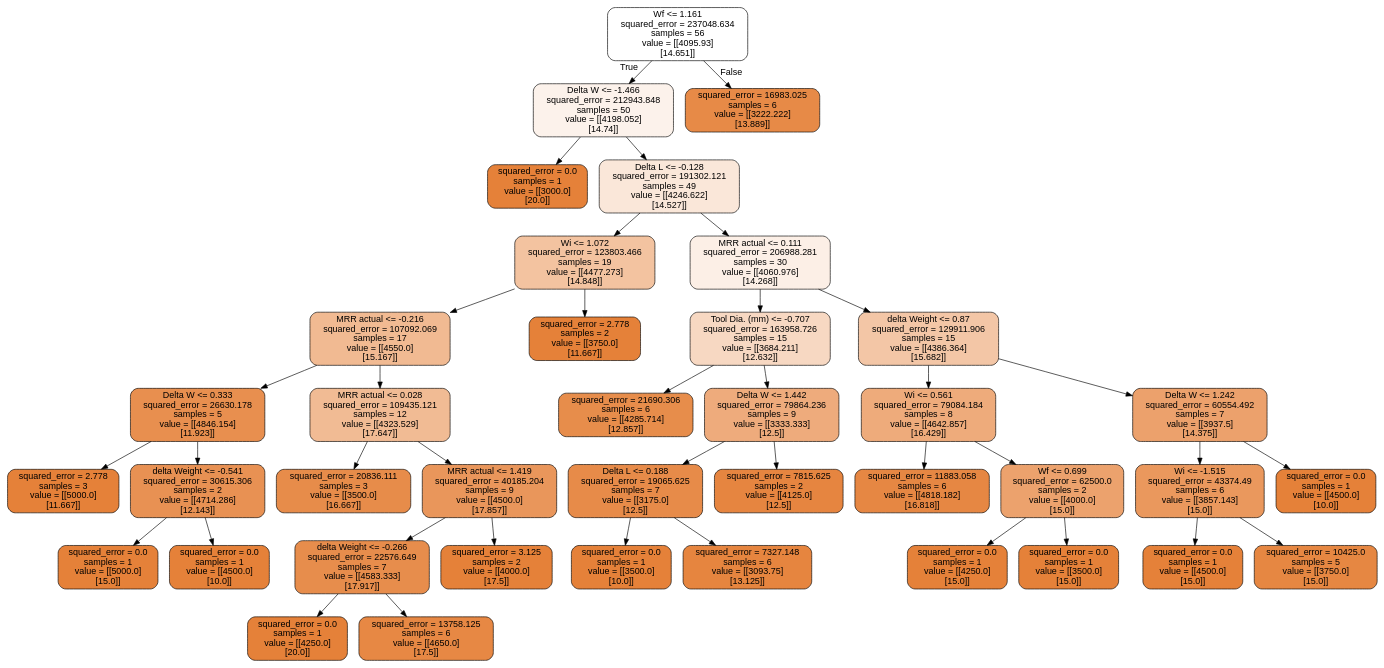
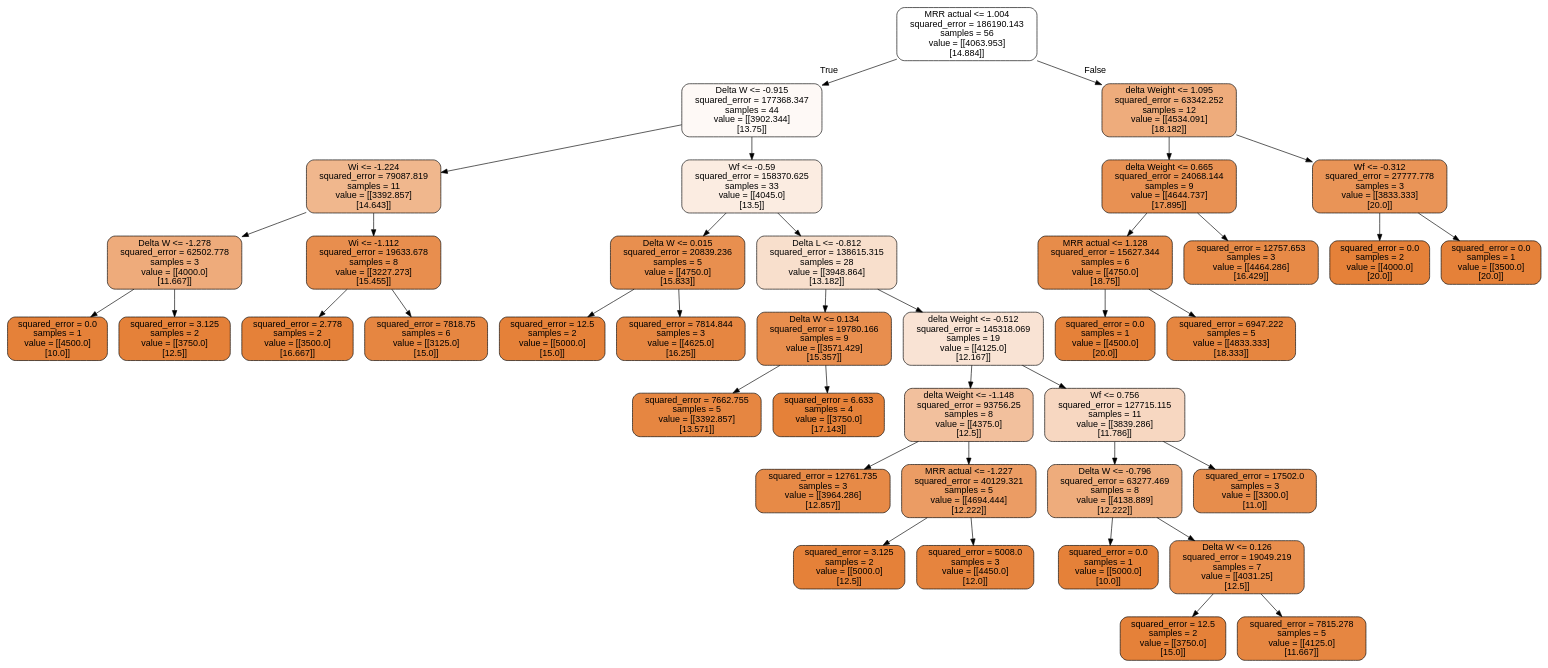
The diagram in tree.dot (VardanMittal/Micromilling_process_optimisation), drawn with Graphviz before and after one commit. The commit also changed 4 other files, not shown here.

```diff
--- a/tree.dot
+++ b/tree.dot
@@ -1,81 +1,81 @@
 digraph Tree {
 node [shape=box, style="filled, rounded", color="black", fontname="helvetica"] ;
 edge [fontname="helvetica"] ;
-0 [label="Wf <= 1.161\nsquared_error = 237048.634\nsamples = 56\nvalue = [[4095.93]\n[14.651]]", fillcolor="#ffffff"] ;
-1 [label="Delta W <= -1.466\nsquared_error = 212943.848\nsamples = 50\nvalue = [[4198.052]\n[14.74]]", fillcolor="#fcf2eb"] ;
+0 [label="MRR actual <= 1.004\nsquared_error = 186190.143\nsamples = 56\nvalue = [[4063.953]\n[14.884]]", fillcolor="#ffffff"] ;
+1 [label="Delta W <= -0.915\nsquared_error = 177368.347\nsamples = 44\nvalue = [[3902.344]\n[13.75]]", fillcolor="#fef9f6"] ;
 0 -> 1 [labeldistance=2.5, labelangle=45, headlabel="True"] ;
-3 [label="squared_error = 0.0\nsamples = 1\nvalue = [[3000.0]\n[20.0]]", fillcolor="#e58139"] ;
+3 [label="Wi <= -1.224\nsquared_error = 79087.819\nsamples = 11\nvalue = [[3392.857]\n[14.643]]", fillcolor="#f0b78d"] ;
 1 -> 3 ;
-4 [label="Delta L <= -0.128\nsquared_error = 191302.121\nsamples = 49\nvalue = [[4246.622]\n[14.527]]", fillcolor="#fae7d9"] ;
+17 [label="Delta W <= -1.278\nsquared_error = 62502.778\nsamples = 3\nvalue = [[4000.0]\n[11.667]]", fillcolor="#eeab7b"] ;
+3 -> 17 ;
+25 [label="squared_error = 0.0\nsamples = 1\nvalue = [[4500.0]\n[10.0]]", fillcolor="#e58139"] ;
+17 -> 25 ;
+26 [label="squared_error = 3.125\nsamples = 2\nvalue = [[3750.0]\n[12.5]]", fillcolor="#e58139"] ;
+17 -> 26 ;
+18 [label="Wi <= -1.112\nsquared_error = 19633.678\nsamples = 8\nvalue = [[3227.273]\n[15.455]]", fillcolor="#e88e4e"] ;
+3 -> 18 ;
+29 [label="squared_error = 2.778\nsamples = 2\nvalue = [[3500.0]\n[16.667]]", fillcolor="#e58139"] ;
+18 -> 29 ;
+30 [label="squared_error = 7818.75\nsamples = 6\nvalue = [[3125.0]\n[15.0]]", fillcolor="#e68641"] ;
+18 -> 30 ;
+4 [label="Wf <= -0.59\nsquared_error = 158370.625\nsamples = 33\nvalue = [[4045.0]\n[13.5]]", fillcolor="#fbece1"] ;
 1 -> 4 ;
-5 [label="Wi <= 1.072\nsquared_error = 123803.466\nsamples = 19\nvalue = [[4477.273]\n[14.848]]", fillcolor="#f3c3a0"] ;
+5 [label="Delta W <= 0.015\nsquared_error = 20839.236\nsamples = 5\nvalue = [[4750.0]\n[15.833]]", fillcolor="#e88f4f"] ;
 4 -> 5 ;
-13 [label="MRR actual <= -0.216\nsquared_error = 107092.069\nsamples = 17\nvalue = [[4550.0]\n[15.167]]", fillcolor="#f1ba92"] ;
-5 -> 13 ;
-15 [label="Delta W <= 0.333\nsquared_error = 26630.178\nsamples = 5\nvalue = [[4846.154]\n[11.923]]", fillcolor="#e88f4f"] ;
-13 -> 15 ;
-35 [label="squared_error = 2.778\nsamples = 3\nvalue = [[5000.0]\n[11.667]]", fillcolor="#e58139"] ;
-15 -> 35 ;
-36 [label="delta Weight <= -0.541\nsquared_error = 30615.306\nsamples = 2\nvalue = [[4714.286]\n[12.143]]", fillcolor="#e89153"] ;
-15 -> 36 ;
-37 [label="squared_error = 0.0\nsamples = 1\nvalue = [[5000.0]\n[15.0]]", fillcolor="#e58139"] ;
-36 -> 37 ;
-38 [label="squared_error = 0.0\nsamples = 1\nvalue = [[4500.0]\n[10.0]]", fillcolor="#e58139"] ;
-36 -> 38 ;
-16 [label="MRR actual <= 0.028\nsquared_error = 109435.121\nsamples = 12\nvalue = [[4323.529]\n[17.647]]", fillcolor="#f1bb94"] ;
-13 -> 16 ;
-17 [label="squared_error = 20836.111\nsamples = 3\nvalue = [[3500.0]\n[16.667]]", fillcolor="#e78c4a"] ;
-16 -> 17 ;
-18 [label="MRR actual <= 1.419\nsquared_error = 40185.204\nsamples = 9\nvalue = [[4500.0]\n[17.857]]", fillcolor="#e9965b"] ;
-16 -> 18 ;
-23 [label="delta Weight <= -0.266\nsquared_error = 22576.649\nsamples = 7\nvalue = [[4583.333]\n[17.917]]", fillcolor="#e78d4c"] ;
-18 -> 23 ;
-31 [label="squared_error = 0.0\nsamples = 1\nvalue = [[4250.0]\n[20.0]]", fillcolor="#e58139"] ;
-23 -> 31 ;
-32 [label="squared_error = 13758.125\nsamples = 6\nvalue = [[4650.0]\n[17.5]]", fillcolor="#e78844"] ;
-23 -> 32 ;
-24 [label="squared_error = 3.125\nsamples = 2\nvalue = [[4000.0]\n[17.5]]", fillcolor="#e58139"] ;
-18 -> 24 ;
-14 [label="squared_error = 2.778\nsamples = 2\nvalue = [[3750.0]\n[11.667]]", fillcolor="#e58139"] ;
-5 -> 14 ;
-6 [label="MRR actual <= 0.111\nsquared_error = 206988.281\nsamples = 30\nvalue = [[4060.976]\n[14.268]]", fillcolor="#fcefe6"] ;
+35 [label="squared_error = 12.5\nsamples = 2\nvalue = [[5000.0]\n[15.0]]", fillcolor="#e58139"] ;
+5 -> 35 ;
+36 [label="squared_error = 7814.844\nsamples = 3\nvalue = [[4625.0]\n[16.25]]", fillcolor="#e68641"] ;
+5 -> 36 ;
+6 [label="Delta L <= -0.812\nsquared_error = 138615.315\nsamples = 28\nvalue = [[3948.864]\n[13.182]]", fillcolor="#f8dfcc"] ;
 4 -> 6 ;
-7 [label="Tool Dia. (mm) <= -0.707\nsquared_error = 163958.726\nsamples = 15\nvalue = [[3684.211]\n[12.632]]", fillcolor="#f7d8c2"] ;
+7 [label="Delta W <= 0.134\nsquared_error = 19780.166\nsamples = 9\nvalue = [[3571.429]\n[15.357]]", fillcolor="#e88e4e"] ;
 6 -> 7 ;
-9 [label="squared_error = 21690.306\nsamples = 6\nvalue = [[4285.714]\n[12.857]]", fillcolor="#e78d4b"] ;
-7 -> 9 ;
-10 [label="Delta W <= 1.442\nsquared_error = 79864.236\nsamples = 9\nvalue = [[3333.333]\n[12.5]]", fillcolor="#eeab7c"] ;
-7 -> 10 ;
-21 [label="Delta L <= 0.188\nsquared_error = 19065.625\nsamples = 7\nvalue = [[3175.0]\n[12.5]]", fillcolor="#e78b49"] ;
-10 -> 21 ;
-33 [label="squared_error = 0.0\nsamples = 1\nvalue = [[3500.0]\n[10.0]]", fillcolor="#e58139"] ;
-21 -> 33 ;
-34 [label="squared_error = 7327.148\nsamples = 6\nvalue = [[3093.75]\n[13.125]]", fillcolor="#e6853f"] ;
-21 -> 34 ;
-22 [label="squared_error = 7815.625\nsamples = 2\nvalue = [[4125.0]\n[12.5]]", fillcolor="#e68540"] ;
-10 -> 22 ;
-8 [label="delta Weight <= 0.87\nsquared_error = 129911.906\nsamples = 15\nvalue = [[4386.364]\n[15.682]]", fillcolor="#f3c6a6"] ;
+23 [label="squared_error = 7662.755\nsamples = 5\nvalue = [[3392.857]\n[13.571]]", fillcolor="#e68641"] ;
+7 -> 23 ;
+24 [label="squared_error = 6.633\nsamples = 4\nvalue = [[3750.0]\n[17.143]]", fillcolor="#e58139"] ;
+7 -> 24 ;
+8 [label="delta Weight <= -0.512\nsquared_error = 145318.069\nsamples = 19\nvalue = [[4125.0]\n[12.167]]", fillcolor="#f9e3d4"] ;
 6 -> 8 ;
-11 [label="Wi <= 0.561\nsquared_error = 79084.184\nsamples = 8\nvalue = [[4642.857]\n[16.429]]", fillcolor="#eeab7b"] ;
-8 -> 11 ;
-19 [label="squared_error = 11883.058\nsamples = 6\nvalue = [[4818.182]\n[16.818]]", fillcolor="#e68743"] ;
+9 [label="delta Weight <= -1.148\nsquared_error = 93756.25\nsamples = 8\nvalue = [[4375.0]\n[12.5]]", fillcolor="#f2c09d"] ;
+8 -> 9 ;
+13 [label="squared_error = 12761.735\nsamples = 3\nvalue = [[3964.286]\n[12.857]]", fillcolor="#e78a47"] ;
+9 -> 13 ;
+14 [label="MRR actual <= -1.227\nsquared_error = 40129.321\nsamples = 5\nvalue = [[4694.444]\n[12.222]]", fillcolor="#eb9c64"] ;
+9 -> 14 ;
+21 [label="squared_error = 3.125\nsamples = 2\nvalue = [[5000.0]\n[12.5]]", fillcolor="#e58139"] ;
+14 -> 21 ;
+22 [label="squared_error = 5008.0\nsamples = 3\nvalue = [[4450.0]\n[12.0]]", fillcolor="#e6843e"] ;
+14 -> 22 ;
+10 [label="Wf <= 0.756\nsquared_error = 127715.115\nsamples = 11\nvalue = [[3839.286]\n[11.786]]", fillcolor="#f7d7c1"] ;
+8 -> 10 ;
+11 [label="Delta W <= -0.796\nsquared_error = 63277.469\nsamples = 8\nvalue = [[4138.889]\n[12.222]]", fillcolor="#eeac7c"] ;
+10 -> 11 ;
+19 [label="squared_error = 0.0\nsamples = 1\nvalue = [[5000.0]\n[10.0]]", fillcolor="#e58139"] ;
 11 -> 19 ;
-20 [label="Wf <= 0.699\nsquared_error = 62500.0\nsamples = 2\nvalue = [[4000.0]\n[15.0]]", fillcolor="#eca26d"] ;
+20 [label="Delta W <= 0.126\nsquared_error = 19049.219\nsamples = 7\nvalue = [[4031.25]\n[12.5]]", fillcolor="#e88e4d"] ;
 11 -> 20 ;
-25 [label="squared_error = 0.0\nsamples = 1\nvalue = [[4250.0]\n[15.0]]", fillcolor="#e58139"] ;
-20 -> 25 ;
-26 [label="squared_error = 0.0\nsamples = 1\nvalue = [[3500.0]\n[15.0]]", fillcolor="#e58139"] ;
-20 -> 26 ;
-12 [label="Delta W <= 1.242\nsquared_error = 60554.492\nsamples = 7\nvalue = [[3937.5]\n[14.375]]", fillcolor="#eca16c"] ;
-8 -> 12 ;
-27 [label="Wi <= -1.515\nsquared_error = 43374.49\nsamples = 6\nvalue = [[3857.143]\n[15.0]]", fillcolor="#ea985d"] ;
-12 -> 27 ;
-29 [label="squared_error = 0.0\nsamples = 1\nvalue = [[4500.0]\n[15.0]]", fillcolor="#e58139"] ;
-27 -> 29 ;
-30 [label="squared_error = 10425.0\nsamples = 5\nvalue = [[3750.0]\n[15.0]]", fillcolor="#e68742"] ;
-27 -> 30 ;
-28 [label="squared_error = 0.0\nsamples = 1\nvalue = [[4500.0]\n[10.0]]", fillcolor="#e58139"] ;
-12 -> 28 ;
-2 [label="squared_error = 16983.025\nsamples = 6\nvalue = [[3222.222]\n[13.889]]", fillcolor="#e78a47"] ;
+33 [label="squared_error = 12.5\nsamples = 2\nvalue = [[3750.0]\n[15.0]]", fillcolor="#e58139"] ;
+20 -> 33 ;
+34 [label="squared_error = 7815.278\nsamples = 5\nvalue = [[4125.0]\n[11.667]]", fillcolor="#e68641"] ;
+20 -> 34 ;
+12 [label="squared_error = 17502.0\nsamples = 3\nvalue = [[3300.0]\n[11.0]]", fillcolor="#e78d4c"] ;
+10 -> 12 ;
+2 [label="delta Weight <= 1.095\nsquared_error = 63342.252\nsamples = 12\nvalue = [[4534.091]\n[18.182]]", fillcolor="#eeac7c"] ;
 0 -> 2 [labeldistance=2.5, labelangle=-45, headlabel="False"] ;
+15 [label="delta Weight <= 0.665\nsquared_error = 24068.144\nsamples = 9\nvalue = [[4644.737]\n[17.895]]", fillcolor="#e89153"] ;
+2 -> 15 ;
+27 [label="MRR actual <= 1.128\nsquared_error = 15627.344\nsamples = 6\nvalue = [[4750.0]\n[18.75]]", fillcolor="#e78c4a"] ;
+15 -> 27 ;
+31 [label="squared_error = 0.0\nsamples = 1\nvalue = [[4500.0]\n[20.0]]", fillcolor="#e58139"] ;
+27 -> 31 ;
+32 [label="squared_error = 6947.222\nsamples = 5\nvalue = [[4833.333]\n[18.333]]", fillcolor="#e68640"] ;
+27 -> 32 ;
+28 [label="squared_error = 12757.653\nsamples = 3\nvalue = [[4464.286]\n[16.429]]", fillcolor="#e78a47"] ;
+15 -> 28 ;
+16 [label="Wf <= -0.312\nsquared_error = 27777.778\nsamples = 3\nvalue = [[3833.333]\n[20.0]]", fillcolor="#e99457"] ;
+2 -> 16 ;
+37 [label="squared_error = 0.0\nsamples = 2\nvalue = [[4000.0]\n[20.0]]", fillcolor="#e58139"] ;
+16 -> 37 ;
+38 [label="squared_error = 0.0\nsamples = 1\nvalue = [[3500.0]\n[20.0]]", fillcolor="#e58139"] ;
+16 -> 38 ;
 }
```
